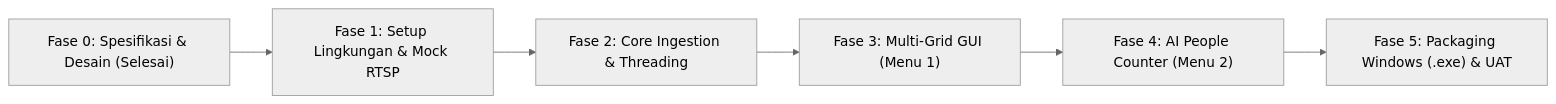
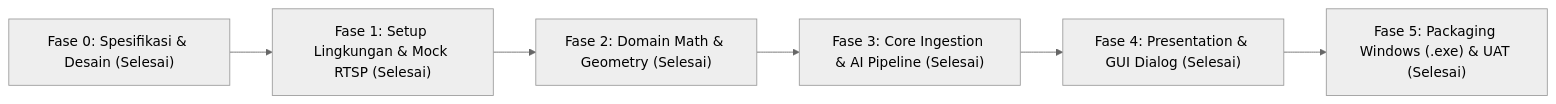
Before and after one commit to BoloTechno/manyplayer: the diagram in DOCS/WORKFLOW.md, drawn with Mermaid (neutral theme). The commit also changed other lines of this file and 2 other files, not shown here.

````diff
--- a/DOCS/WORKFLOW.md
+++ b/DOCS/WORKFLOW.md
@@ -13,8 +13,8 @@
 ```mermaid
 flowchart LR
-    P0["Fase 0: Spesifikasi & Desain (Selesai)"] --> P1["Fase 1: Setup Lingkungan & Mock RTSP"]
-    P1 --> P2["Fase 2: Core Ingestion & Threading"]
-    P2 --> P3["Fase 3: Multi-Grid GUI (Menu 1)"]
-    P3 --> P4["Fase 4: AI People Counter (Menu 2)"]
-    P4 --> P5["Fase 5: Packaging Windows (.exe) & UAT"]
+    P0["Fase 0: Spesifikasi & Desain (Selesai)"] --> P1["Fase 1: Setup Lingkungan & Mock RTSP (Selesai)"]
+    P1 --> P2["Fase 2: Domain Math & Geometry (Selesai)"]
+    P2 --> P3["Fase 3: Core Ingestion & AI Pipeline (Selesai)"]
+    P3 --> P4["Fase 4: Presentation & GUI Dialog (Selesai)"]
+    P4 --> P5["Fase 5: Packaging Windows (.exe) & UAT (Selesai)"]
 ```
````
